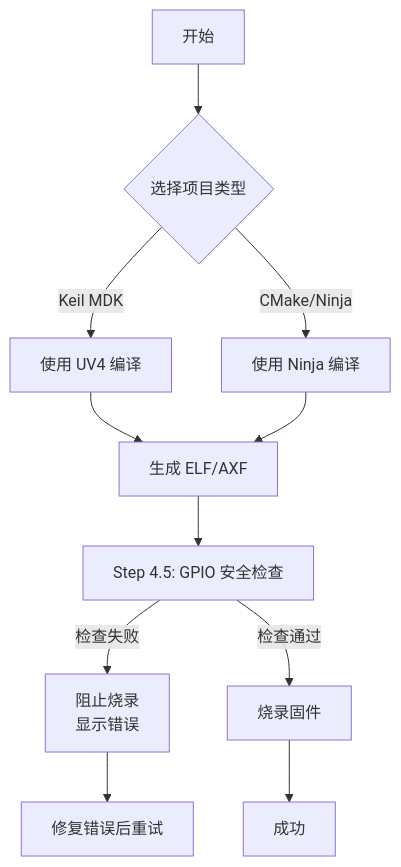
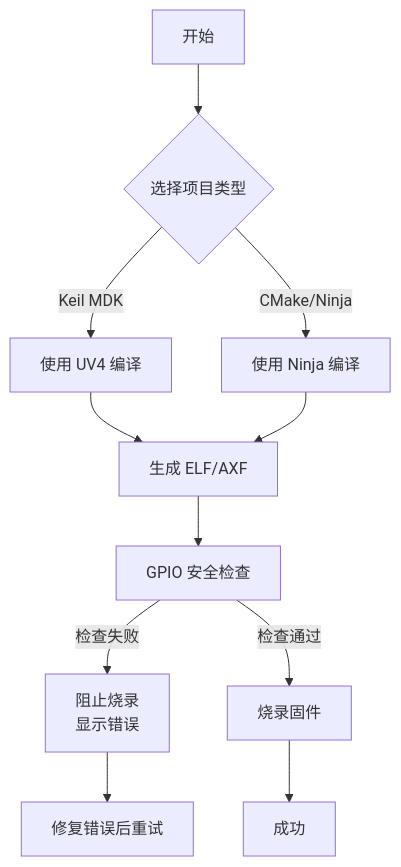
The first of 3 diagrams in README.md (dzzz-qcxf-studio/stm32-master), drawn with Mermaid before and after one commit. The commit also changed other lines of this file, not shown here.

````diff
--- a/README.md
+++ b/README.md
@@ -41,13 +81,13 @@
 ```mermaid
 flowchart TD
     A[开始] --> B{选择项目类型}
     B -->|Keil MDK| C[使用 UV4 编译]
     B -->|CMake/Ninja| D[使用 Ninja 编译]
     C --> E[生成 ELF/AXF]
     D --> E
-    E --> F[Step 4.5: GPIO 安全检查]
+    E --> F[GPIO 安全检查]
     F -->|检查失败| G[阻止烧录<br/>显示错误]
     F -->|检查通过| H[烧录固件]
     H --> I[成功]
     G --> J[修复错误后重试]
 ```
````
